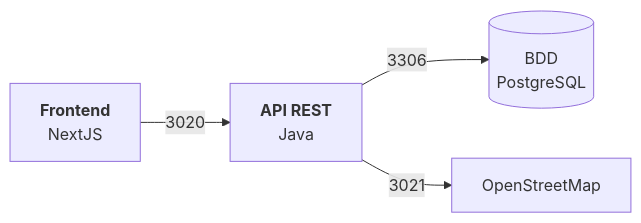
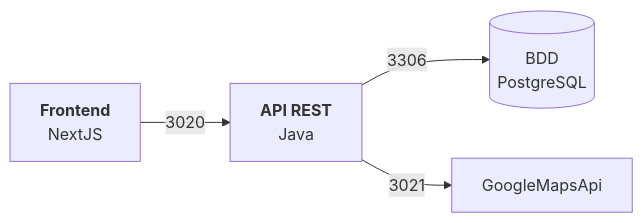
Before and after one commit to TheMoJd/brestlife: the diagram in README.md, drawn with Mermaid.

````diff
--- a/README.md
+++ b/README.md
@@ -113,10 +113,10 @@
 ```mermaid
 
 flowchart LR
     front["`**Frontend**
     NextJS`"] -->|3020| back["`**API REST**
     Java`"]
     back -->|3306| db[("`BDD
     PostgreSQL`")]
-    back -->|3021| OpenStreetMap
+    back -->|3021| GoogleMapsApi
 ```
````
